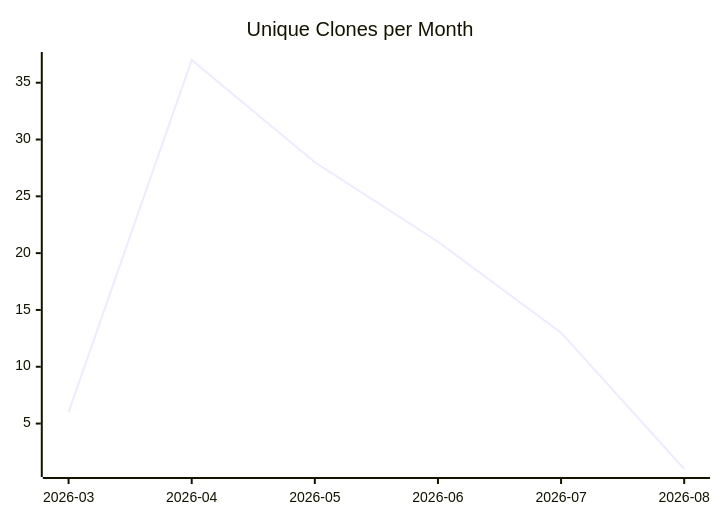
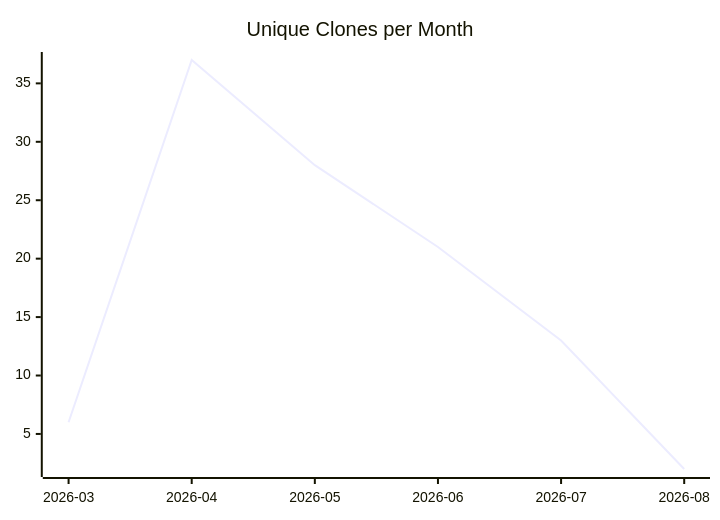
Before and after one commit to justdavis-family/github-analytics-data: the third of 3 diagrams in karlmdavis/ansible-role-jenkins2/README.md, drawn with Mermaid. The commit also changed other lines of this file and 184 other files, not shown here.

````diff
--- a/karlmdavis/ansible-role-jenkins2/README.md
+++ b/karlmdavis/ansible-role-jenkins2/README.md
@@ -19,6 +19,6 @@
 ```mermaid
 xychart-beta
   title "Unique Clones per Month"
   x-axis ["2026-03", "2026-04", "2026-05", "2026-06", "2026-07", "2026-08"]
-  line [6, 37, 28, 21, 13, 1]
+  line [6, 37, 28, 21, 13, 2]
 ```
````
